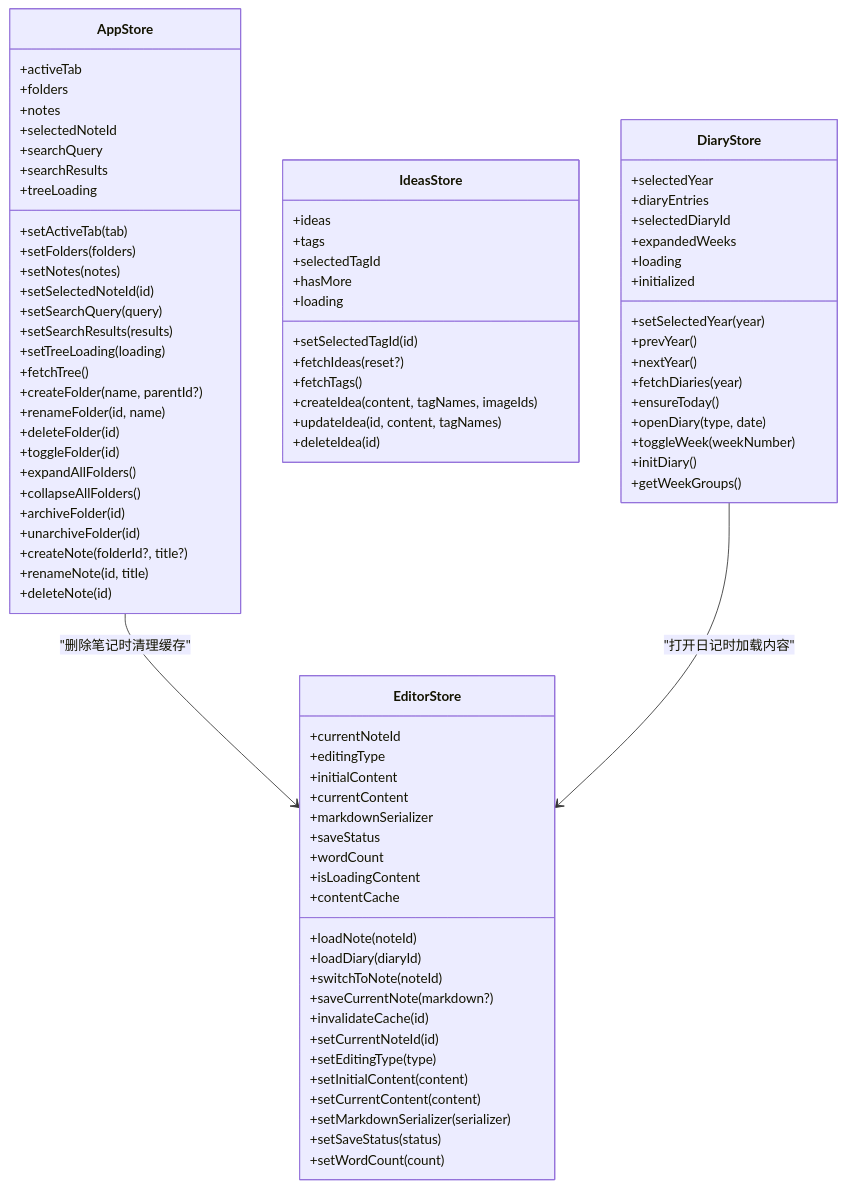
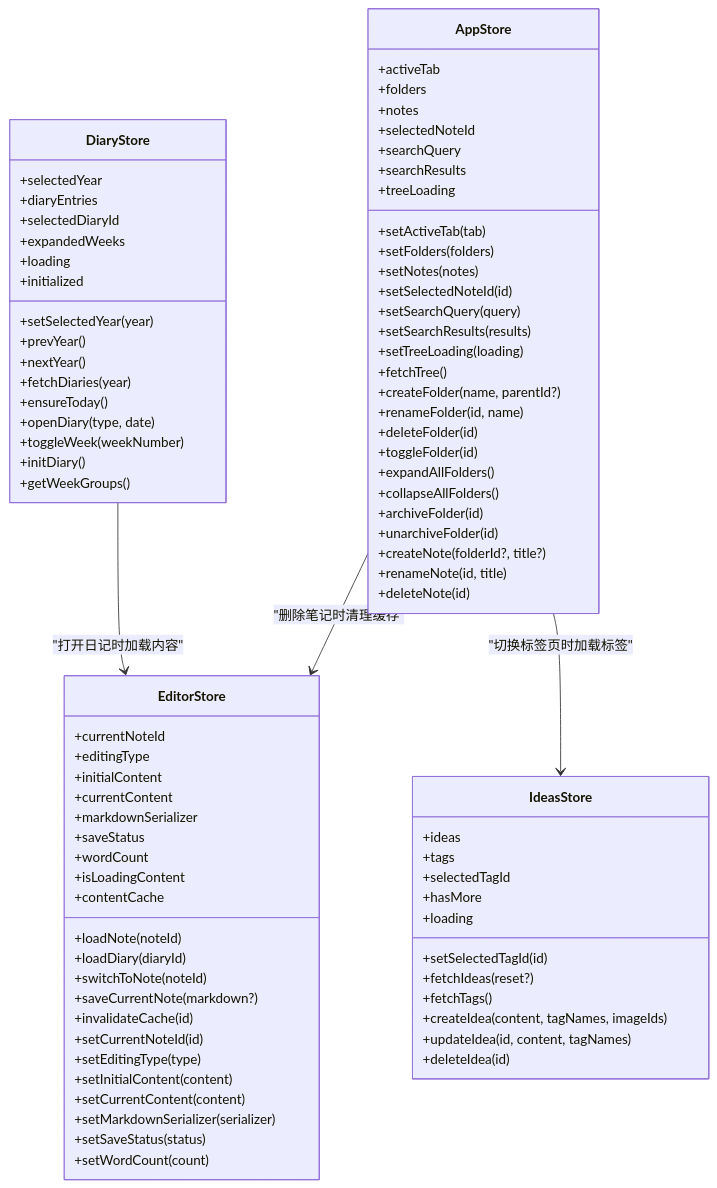
One commit to BlackBoxRecorder/uninote changed the seventh of 8 diagrams in .qoder/repowiki/zh/content/核心架构/状态管理架构.md. Above: the diagram before and after it, drawn with Mermaid. The commit also changed other lines of this file and 36 other files, not shown here.

````diff
--- a/.qoder/repowiki/zh/content/核心架构/状态管理架构.md
+++ b/.qoder/repowiki/zh/content/核心架构/状态管理架构.md
@@ -379,5 +403,6 @@
 +getWeekGroups()
 }
 AppStore --> EditorStore : "删除笔记时清理缓存"
+AppStore --> IdeasStore : "切换标签页时加载标签"
 DiaryStore --> EditorStore : "打开日记时加载内容"
 ```
````
